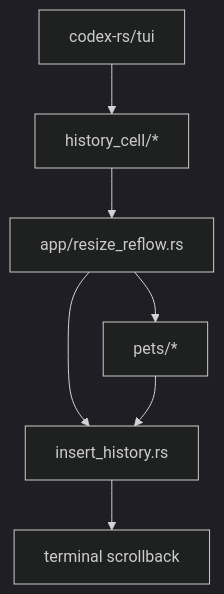
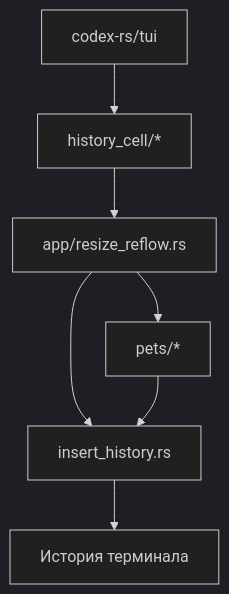
The diagram in docs/architecture/README.md (evil-cats/codex), drawn with Mermaid (dark theme) before and after one commit. The commit also changed other lines of this file and 10 other files, not shown here.

````diff
--- a/docs/architecture/README.md
+++ b/docs/architecture/README.md
@@ -25,16 +25,16 @@
 ```mermaid
 flowchart TD
     TUI["codex-rs/tui"]
     Cells["history_cell/*"]
     Prep["app/resize_reflow.rs"]
     Pets["pets/*"]
     Insert["insert_history.rs"]
-    Terminal["terminal scrollback"]
+    Terminal["История терминала"]
 
     TUI --> Cells
     Cells --> Prep
     Prep --> Pets
     Prep --> Insert
     Pets --> Insert
     Insert --> Terminal
 ```
````
